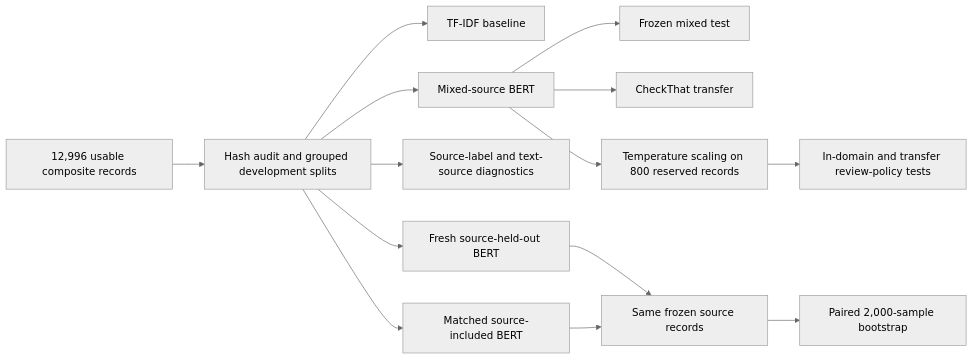
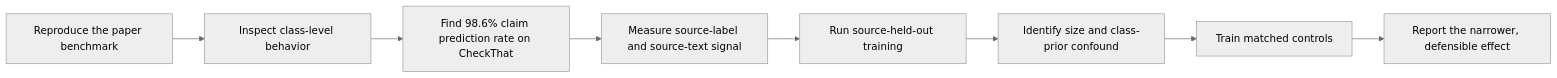
One commit to newrohansinha/claim-detector changed the first of 2 diagrams in README.md. Above: the diagram before and after it, drawn with Mermaid (neutral theme). The commit also changed other lines of this file, not shown here.

Commit message:
docs: lead with controlled transfer finding

````diff
--- a/README.md
+++ b/README.md
@@ -137,16 +78,10 @@
 ```mermaid
 flowchart LR
-  A[12,996 usable composite records] --> B[Hash audit and grouped development splits]
-  B --> C[TF-IDF baseline]
-  B --> D[Mixed-source BERT]
-  D --> E[Frozen mixed test]
-  D --> F[CheckThat transfer]
-  B --> G[Source-label and text-source diagnostics]
-  B --> H[Fresh source-held-out BERT]
-  B --> I[Matched source-included BERT]
-  H --> J[Same frozen source records]
-  I --> J
-  J --> K[Paired 2,000-sample bootstrap]
-  D --> L[Temperature scaling on 800 reserved records]
-  L --> M[In-domain and transfer review-policy tests]
+  A[Reproduce the paper benchmark] --> B[Inspect class-level behavior]
+  B --> C[Find 98.6% claim prediction rate on CheckThat]
+  C --> D[Measure source-label and source-text signal]
+  D --> E[Run source-held-out training]
+  E --> F[Identify size and class-prior confound]
+  F --> G[Train matched controls]
+  G --> H[Report the narrower, defensible effect]
 ```
````
